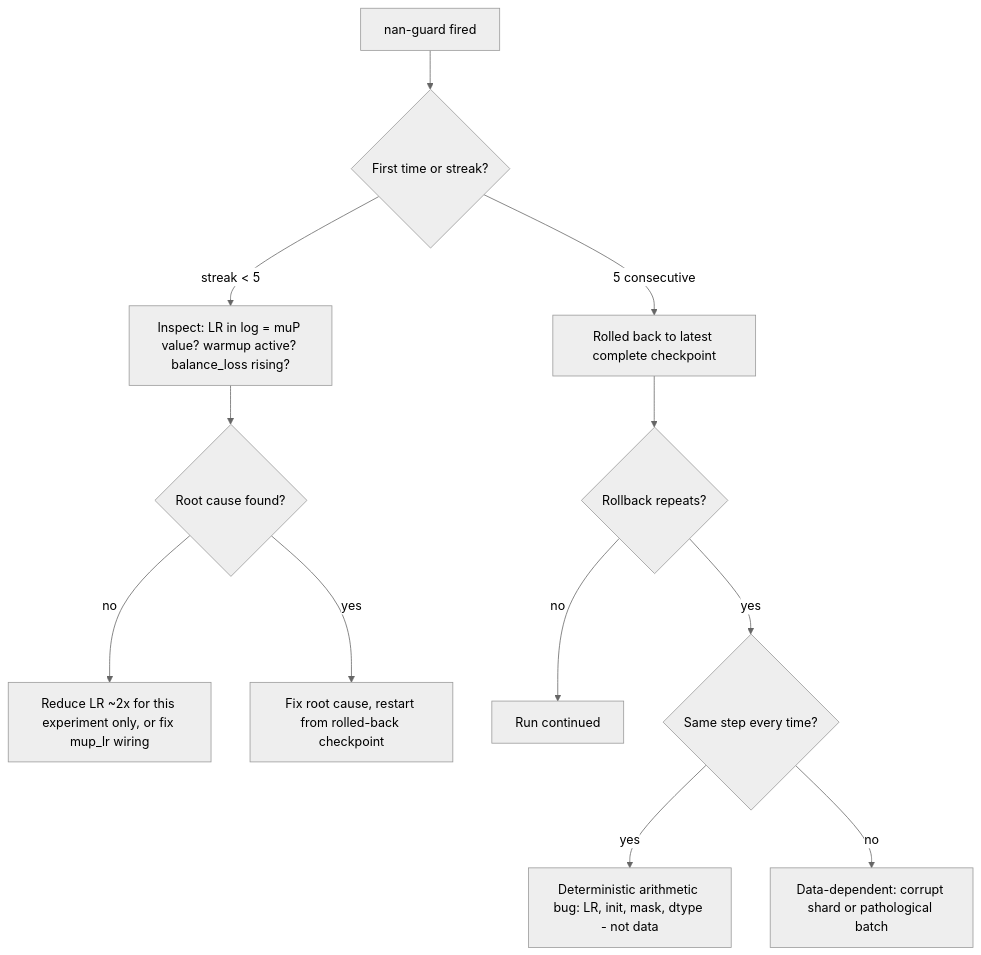
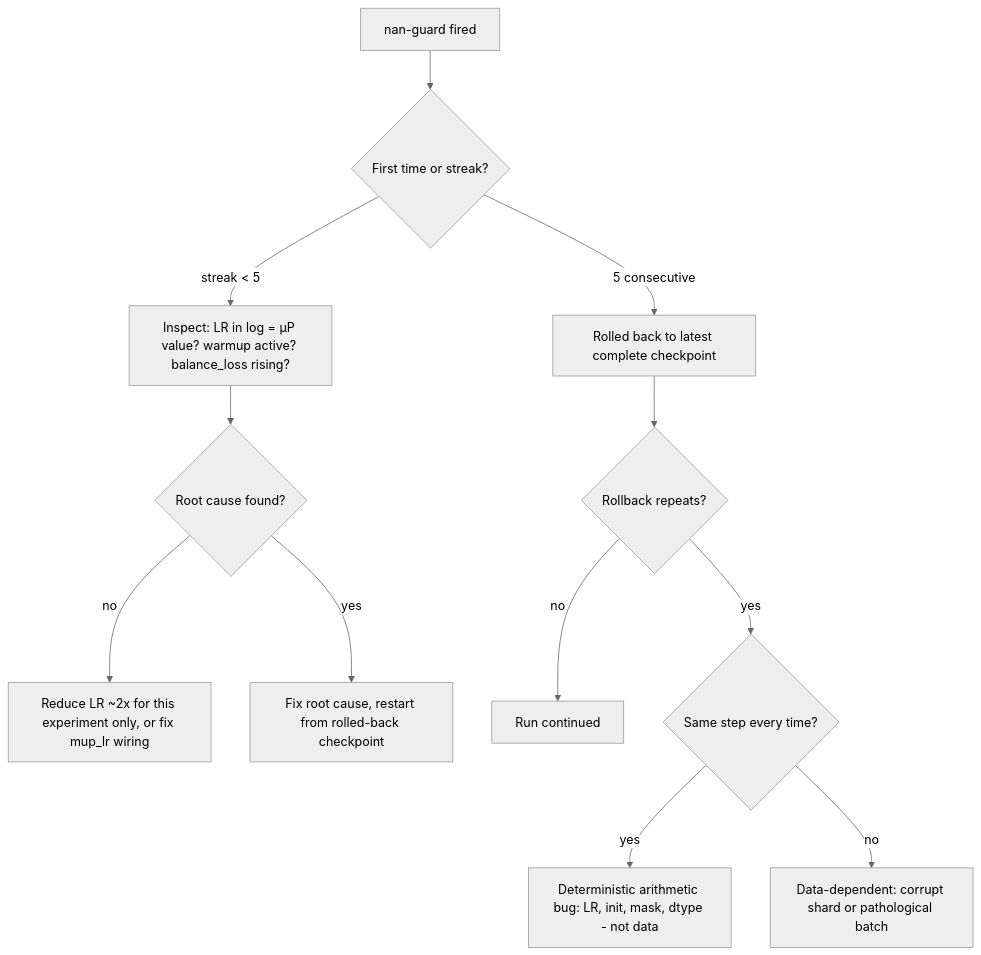
Before and after one commit to atandra2000/DeepSeek-V3-Lite: the first of 3 diagrams in docs/guides/G1_debugging_playbook.md, drawn with Mermaid (neutral theme). The commit also changed other lines of this file and 38 other files, not shown here.

````diff
--- a/docs/guides/G1_debugging_playbook.md
+++ b/docs/guides/G1_debugging_playbook.md
@@ -104,14 +104,14 @@
 ```mermaid
 flowchart TD
     A[nan-guard fired] --> B{First time or streak?}
-    B -- streak < 5 --> C[Inspect: LR in log = muP value? warmup active? balance_loss rising?]
+    B -- streak < 5 --> C[Inspect: LR in log = μP value? warmup active? balance_loss rising?]
     B -- 5 consecutive --> D[Rolled back to latest complete checkpoint]
     C --> E{Root cause found?}
     E -- no --> F[Reduce LR ~2x for this experiment only, or fix mup_lr wiring]
     E -- yes --> G[Fix root cause, restart from rolled-back checkpoint]
     D --> H{Rollback repeats?}
     H -- no --> I[Run continued]
     H -- yes --> J{Same step every time?}
     J -- yes --> K[Deterministic arithmetic bug: LR, init, mask, dtype - not data]
     J -- no --> L[Data-dependent: corrupt shard or pathological batch]
 ```
````
